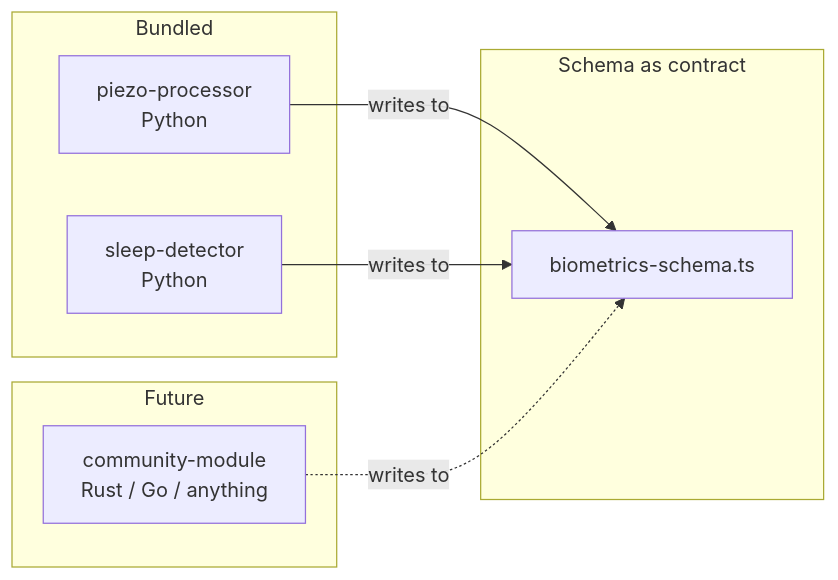
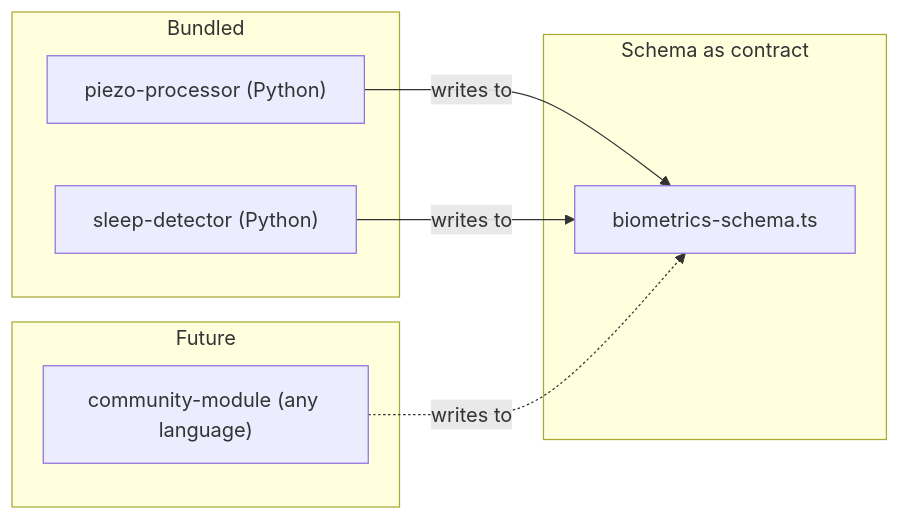
One commit to sleepypod/core changed the sixth of 6 diagrams in README.md. Above: the diagram before and after it, drawn with Mermaid. The commit also changed other lines of this file, not shown here.

Commit message:
fix(readme): fix remaining Mermaid syntax errors across all diagrams

````diff
--- a/README.md
+++ b/README.md
@@ -178,16 +178,16 @@
 ```mermaid
 graph LR
     subgraph Contract ["Schema as contract"]
         S[biometrics-schema.ts]
     end
     subgraph Bundled
-        PP[piezo-processor\nPython]
-        SD[sleep-detector\nPython]
+        PP["piezo-processor (Python)"]
+        SD["sleep-detector (Python)"]
     end
     subgraph Future
-        CM[community-module\nRust / Go / anything]
+        CM["community-module (any language)"]
     end
     PP -->|writes to| S
     SD -->|writes to| S
     CM -.->|writes to| S
 ```
````
